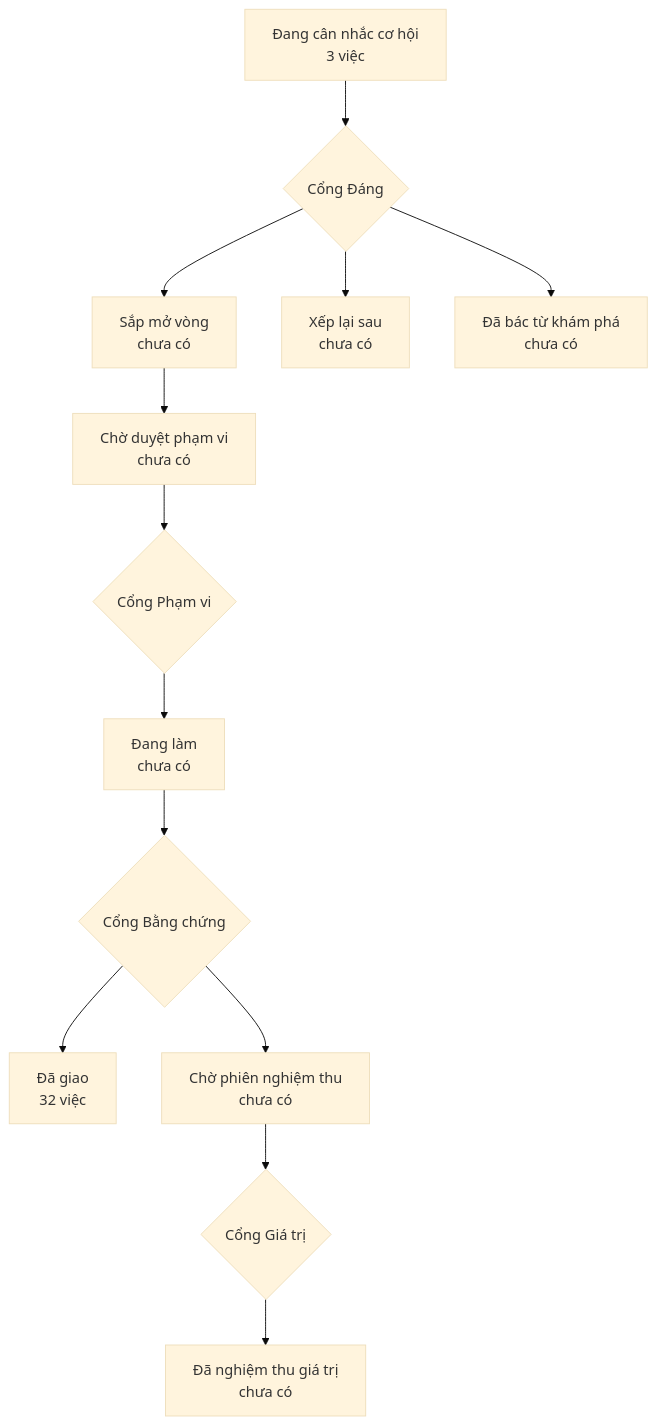
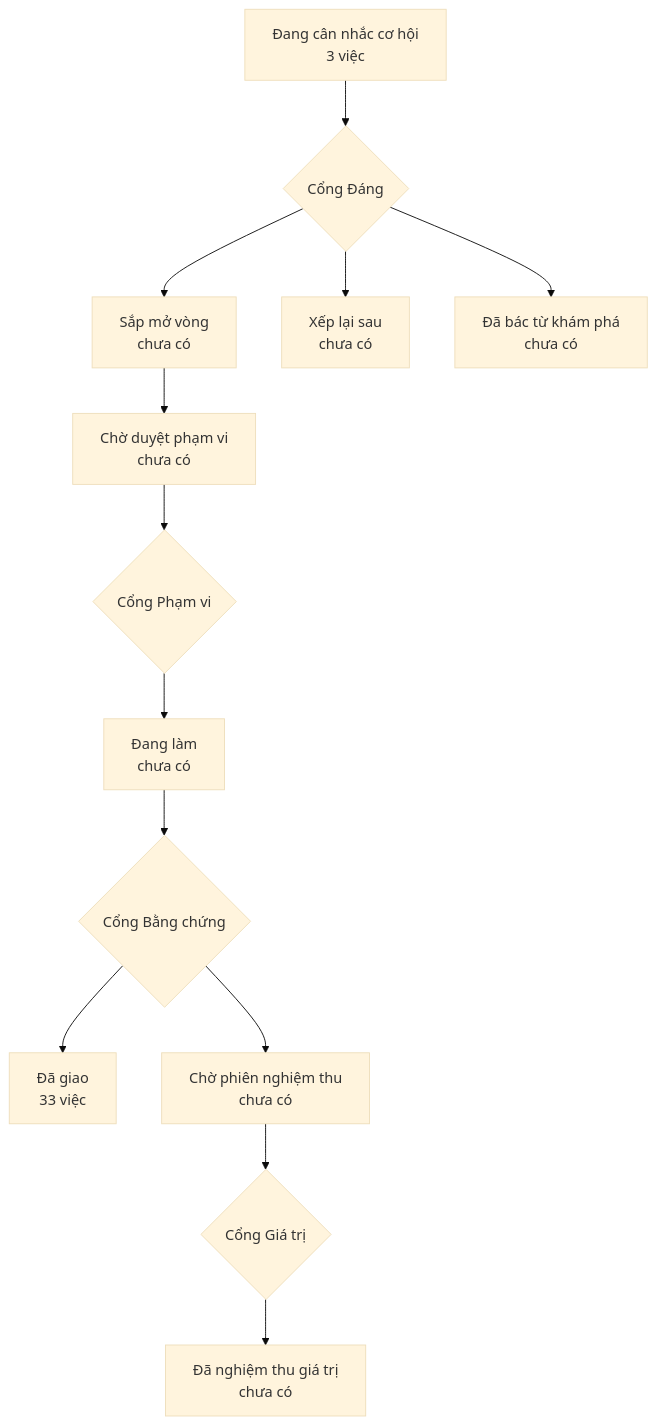
One commit to phanlemanh/OneFlow changed the diagram in PRODUCT-MAP.md. Above: the diagram before and after it, drawn with Mermaid (base theme). The commit also changed other lines of this file and 3 other files, not shown here.

````diff
--- a/PRODUCT-MAP.md
+++ b/PRODUCT-MAP.md
@@ -6,12 +6,12 @@
 ```mermaid
 flowchart TD
   A["Đang cân nhắc cơ hội<br/>3 việc"] --> GD{"Cổng Đáng"}
   GD --> B["Sắp mở vòng<br/>chưa có"]
   GD --> XL["Xếp lại sau<br/>chưa có"]
   GD --> DB["Đã bác từ khám phá<br/>chưa có"]
   B --> CD["Chờ duyệt phạm vi<br/>chưa có"] --> GP{"Cổng Phạm vi"}
   GP --> DL["Đang làm<br/>chưa có"] --> GB{"Cổng Bằng chứng"}
-  GB --> DG["Đã giao<br/>32 việc"]
+  GB --> DG["Đã giao<br/>33 việc"]
   GB --> CN["Chờ phiên nghiệm thu<br/>chưa có"] --> GG{"Cổng Giá trị"}
   GG --> NT["Đã nghiệm thu giá trị<br/>chưa có"]
 ```
````
